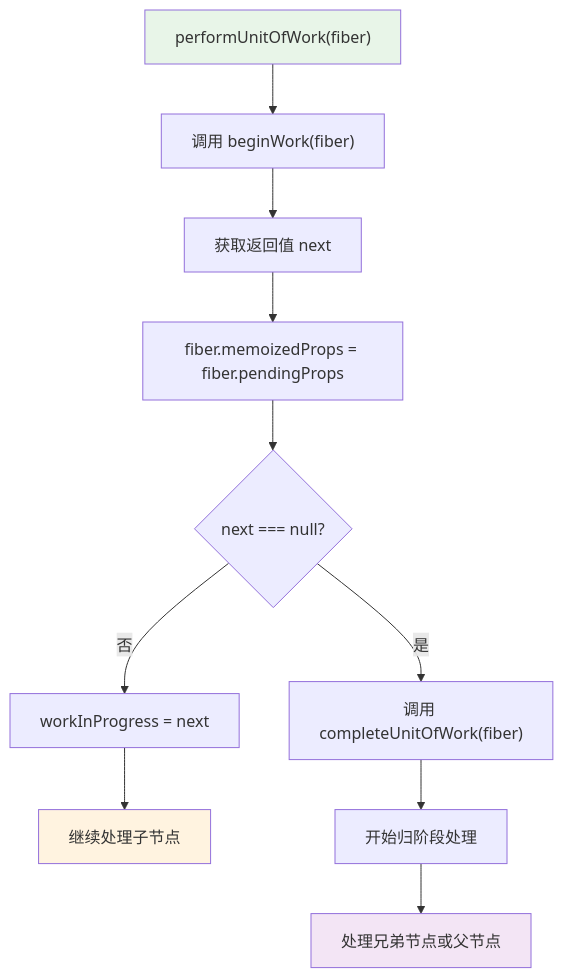
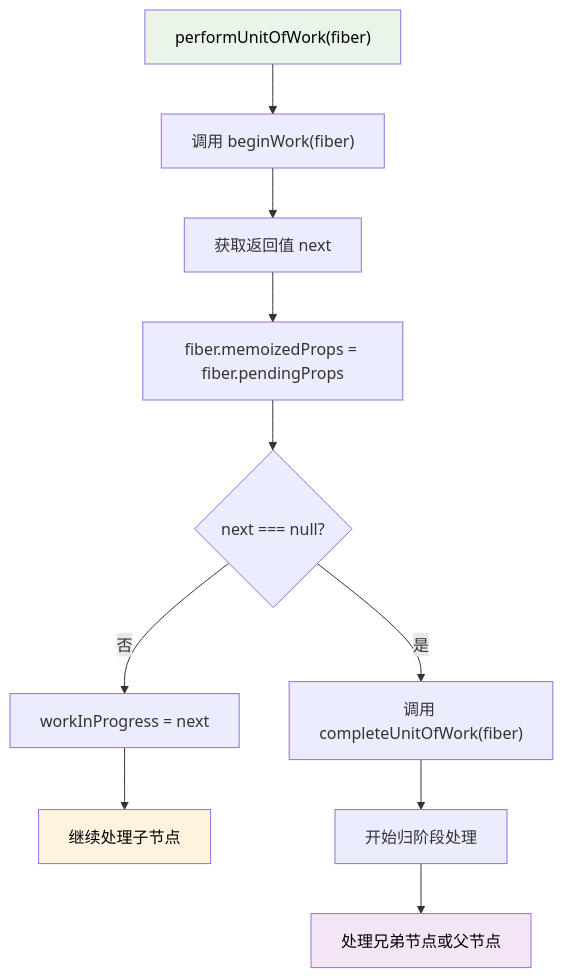
Before and after one commit to Junks5020/big-react: the fourth of 11 diagrams in .trae/documents/React-Reconciler-Mermaid流程图.md, drawn with Mermaid. The commit also changed other lines of this file and 9 other files, not shown here.

````diff
--- a/.trae/documents/React-Reconciler-Mermaid流程图.md
+++ b/.trae/documents/React-Reconciler-Mermaid流程图.md
@@ -138,19 +138,19 @@
 ```mermaid
 flowchart TD
     A["performUnitOfWork(fiber)"] --> B["调用 beginWork(fiber)"]
     B --> C["获取返回值 next"]
     C --> D["fiber.memoizedProps = fiber.pendingProps"]
     D --> E{"next === null?"}
 
     E -->|否| F["workInProgress = next"]
     E -->|是| G["调用 completeUnitOfWork(fiber)"]
 
     F --> H["继续处理子节点"]
 
     G --> I["开始归阶段处理"]
     I --> J["处理兄弟节点或父节点"]
 
-    style A fill:#e8f5e8
-    style H fill:#fff3e0
-    style J fill:#f3e5f5
+    style A fill:#e8f5e8,color:#000000
+    style H fill:#fff3e0,color:#000000
+    style J fill:#f3e5f5,color:#000000
 ```
````
